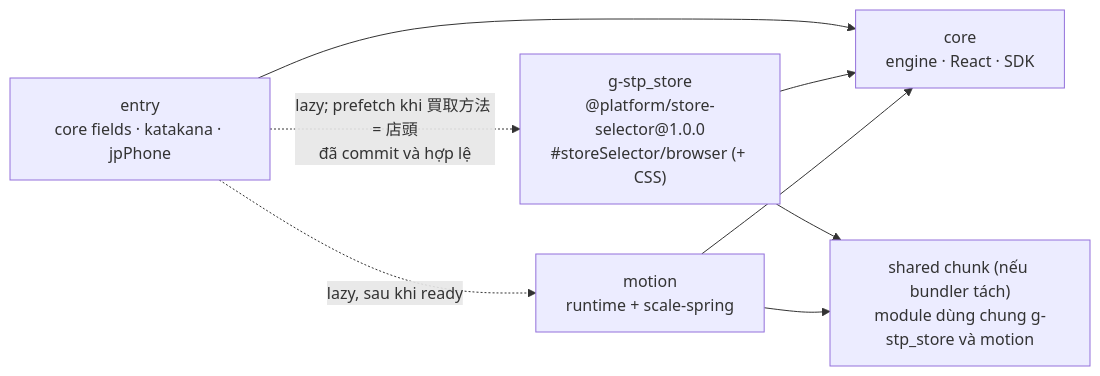
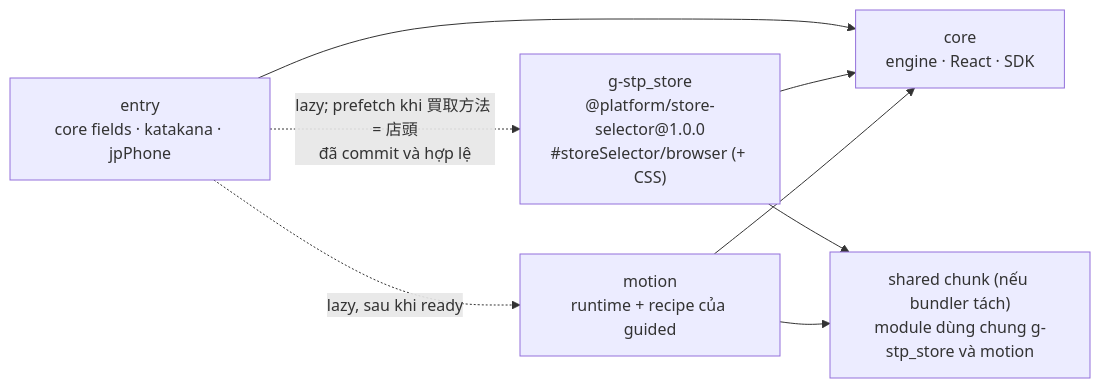
The sixth of 7 diagrams in docs/superpowers/specs/2026-10-24-compiler-bundle-release-design.md (holong10920/forms_master), drawn with Mermaid before and after one commit. The commit also changed other lines of this file and 12 other files, not shown here.

````diff
--- a/docs/superpowers/specs/2026-10-24-compiler-bundle-release-design.md
+++ b/docs/superpowers/specs/2026-10-24-compiler-bundle-release-design.md
@@ -334,15 +335,15 @@
 ```mermaid
 flowchart LR
   E["entry<br/>core fields · katakana · jpPhone"]
   C["core<br/>engine · React · SDK"]
   G["g-stp_store<br/>@platform/store-selector@1.0.0<br/>#storeSelector/browser (+ CSS)"]
-  M["motion<br/>runtime + scale-spring"]
+  M["motion<br/>runtime + recipe của guided"]
   SH["shared chunk (nếu bundler tách)<br/>module dùng chung g-stp_store và motion"]
   E --> C
   E -.->|"lazy; prefetch khi 買取方法 = 店頭<br/>đã commit và hợp lệ"| G
   E -.->|"lazy, sau khi ready"| M
   G --> C
   M --> C
   G --> SH
   M --> SH
 ```
````
